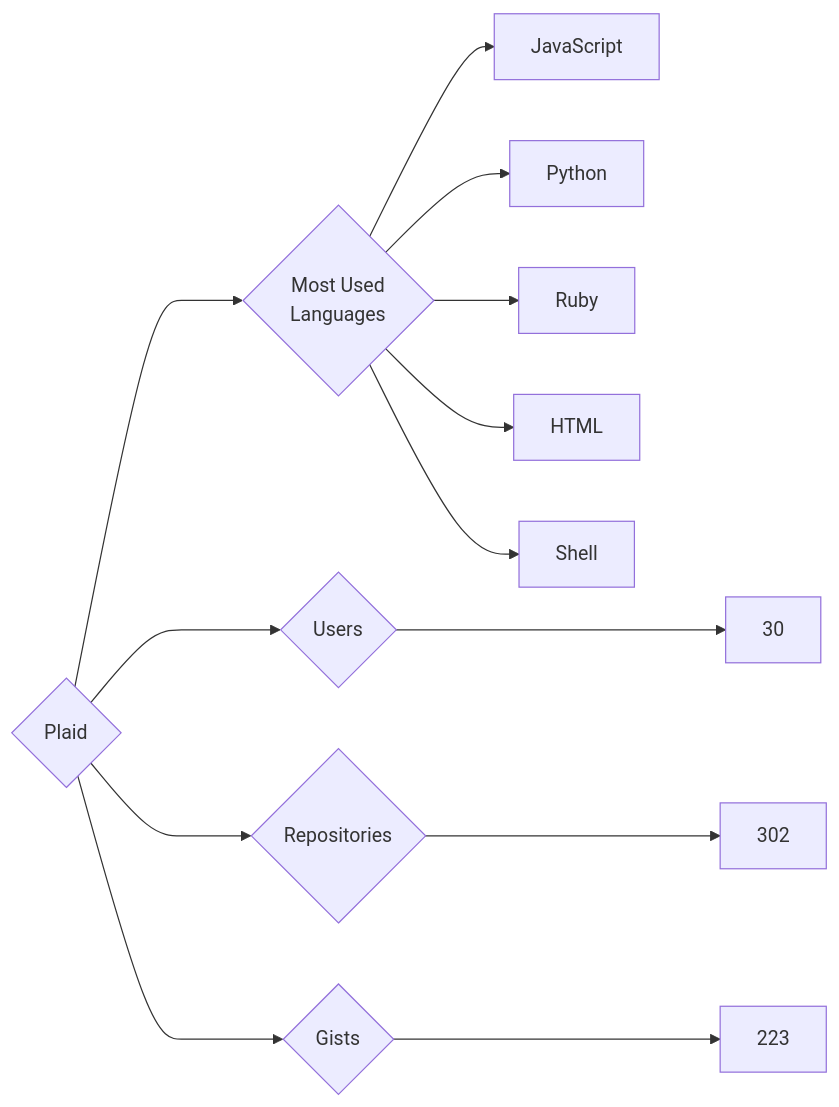
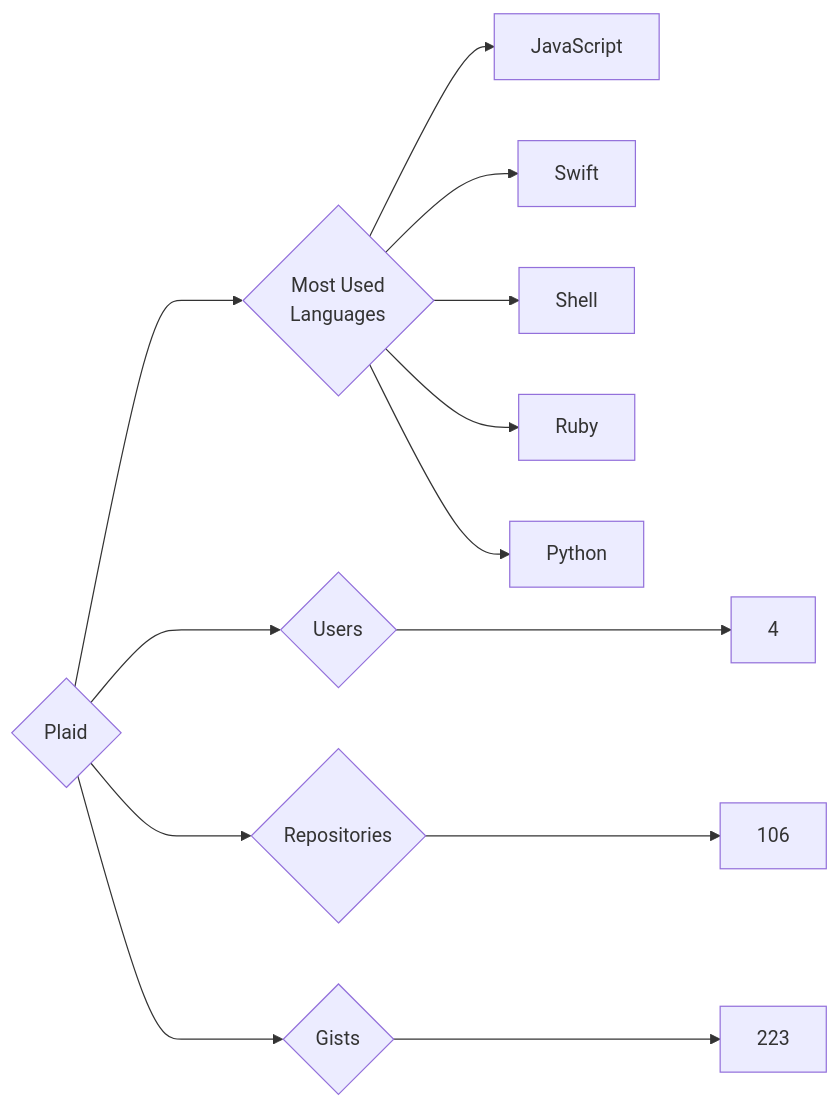
The diagram in targets/Plaid/README.md (trickest/insiders), drawn with Mermaid before and after one commit. The commit also changed 725 other files, not shown here.

````diff
--- a/targets/Plaid/README.md
+++ b/targets/Plaid/README.md
@@ -3,13 +3,13 @@
 ```mermaid
 graph LR
 COMPANY_NAME{Plaid}
-COMPANY_NAME ---> U{Users} ---> UN[30]
-COMPANY_NAME ---> R{Repositories} ---> RN[302]
+COMPANY_NAME ---> U{Users} ---> UN[4]
+COMPANY_NAME ---> R{Repositories} ---> RN[106]
 COMPANY_NAME ---> G{Gists} ---> GN[223]
 COMPANY_NAME ---> ML{Most Used<br>Languages}
 ML --> JavaScript[JavaScript]
+ML --> Swift[Swift]
+ML --> Shell[Shell]
+ML --> Ruby[Ruby]
 ML --> Python[Python]
-ML --> Ruby[Ruby]
-ML --> HTML[HTML]
-ML --> Shell[Shell]
 ```
````
